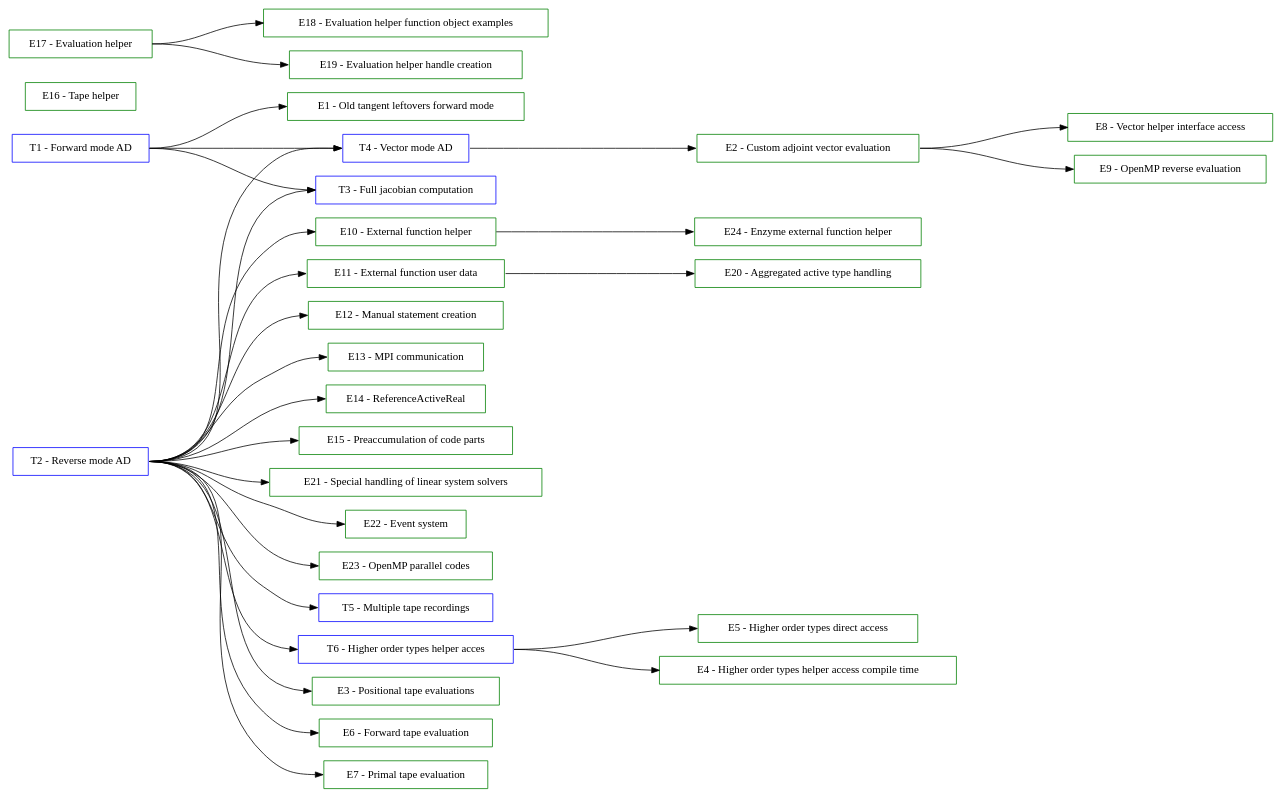
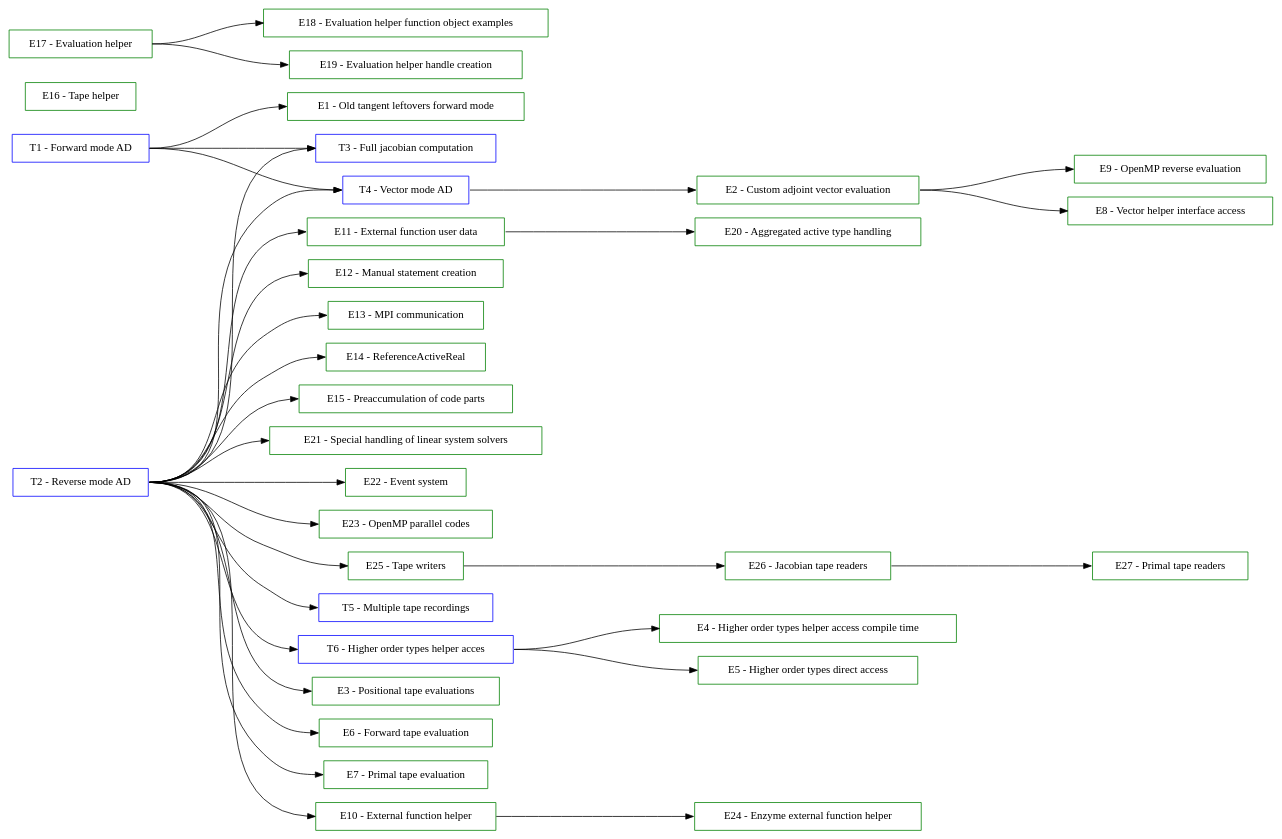
Before and after one commit to SciCompKL/CoDiPack: the diagram in documentation/user/TutorialsGraph.dot, drawn with Graphviz. The commit also changed 121 other files, not shown here.

```diff
--- a/documentation/user/TutorialsGraph.dot
+++ b/documentation/user/TutorialsGraph.dot
@@ -1,98 +1,107 @@
 digraph Tutorials {
   rankdir=LR;
   ranksep=2;
 
   // Tutorial nodes
   node [shape=box color=blue];
   T01 [label="T1 - Forward mode AD"];
 
   T02 [label="T2 - Reverse mode AD"];
 
   T03 [label="T3 - Full jacobian computation"];
 
   T04 [label="T4 - Vector mode AD"];
 
   T05 [label="T5 - Multiple tape recordings"];
 
   T06 [label="T6 - Higher order types helper acces"];
 
   // Example nodes
   node [shape=box color=green];
   E01 [label="E1 - Old tangent leftovers forward mode"];
 
   E02 [label="E2 - Custom adjoint vector evaluation"];
 
   E03 [label="E3 - Positional tape evaluations"];
 
   E04 [label="E4 - Higher order types helper access compile time"];
 
   E05 [label="E5 - Higher order types direct access"];
 
   E06 [label="E6 - Forward tape evaluation"];
 
   E07 [label="E7 - Primal tape evaluation"];
 
   E08 [label="E8 - Vector helper interface access"];
 
   E09 [label="E9 - OpenMP reverse evaluation"];
 
   E10 [label="E10 - External function helper"];
 
   E11 [label="E11 - External function user data"];
 
   E12 [label="E12 - Manual statement creation"];
 
   E13 [label="E13 - MPI communication"];
 
   E14 [label="E14 - ReferenceActiveReal"];
 
   E15 [label="E15 - Preaccumulation of code parts"];
 
   E16 [label="E16 - Tape helper"];
 
   E17 [label="E17 - Evaluation helper"];
 
   E18 [label="E18 - Evaluation helper function object examples"];
 
   E19 [label="E19 - Evaluation helper handle creation"];
 
   E20 [label="E20 - Aggregated active type handling"];
 
   E21 [label="E21 - Special handling of linear system solvers"];
 
   E22 [label="E22 - Event system"];
 
   E23 [label="E23 - OpenMP parallel codes"];
 
   E24 [label="E24 - Enzyme external function helper"];
 
+  E25 [label="E25 - Tape writers"];
+
+  E26 [label="E26 - Jacobian tape readers"];
+
+  E27 [label="E27 - Primal tape readers"];
+
   // Edges (sorted)
   E02:e -> E08:w;
   E02:e -> E09:w;
   E10:e -> E24:w;
   E11:e -> E20:w;
   E17:e -> E18:w;
   E17:e -> E19:w;
+  E25:e -> E26:w;
+  E26:e -> E27:w;
   T01:e -> E01:w;
   T01:e -> T03:w;
   T01:e -> T04:w;
   T02:e -> E03:w;
   T02:e -> E06:w;
   T02:e -> E07:w;
   T02:e -> E10:w;
   T02:e -> E11:w;
   T02:e -> E12:w;
   T02:e -> E13:w;
   T02:e -> E14:w;
   T02:e -> E15:w;
+  T02:e -> E21:w;
+  T02:e -> E22:w;
+  T02:e -> E23:w;
+  T02:e -> E25:w;
   T02:e -> T03:w;
   T02:e -> T04:w;
   T02:e -> T05:w;
   T02:e -> T06:w;
-  T02:e -> E21:w;
-  T02:e -> E22:w;
-  T02:e -> E23:w;
   T04:e -> E02:w;
   T06:e -> E04:w;
   T06:e -> E05:w;
 }
```
